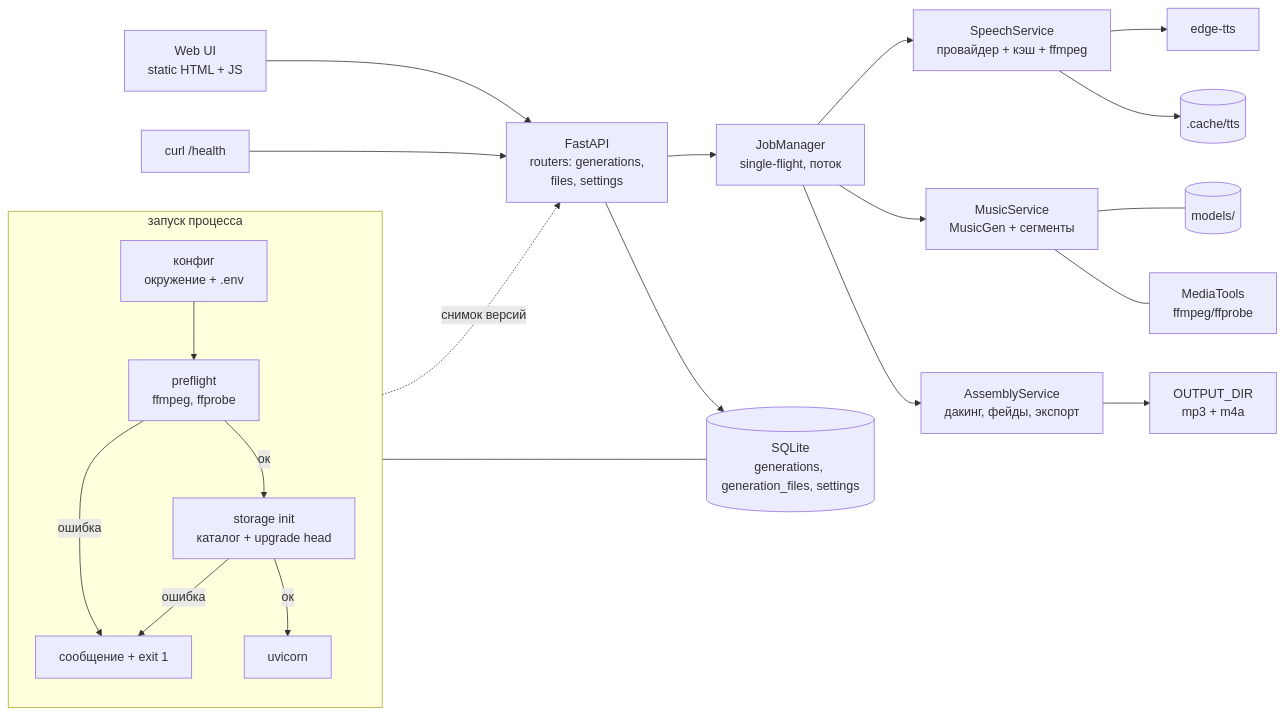
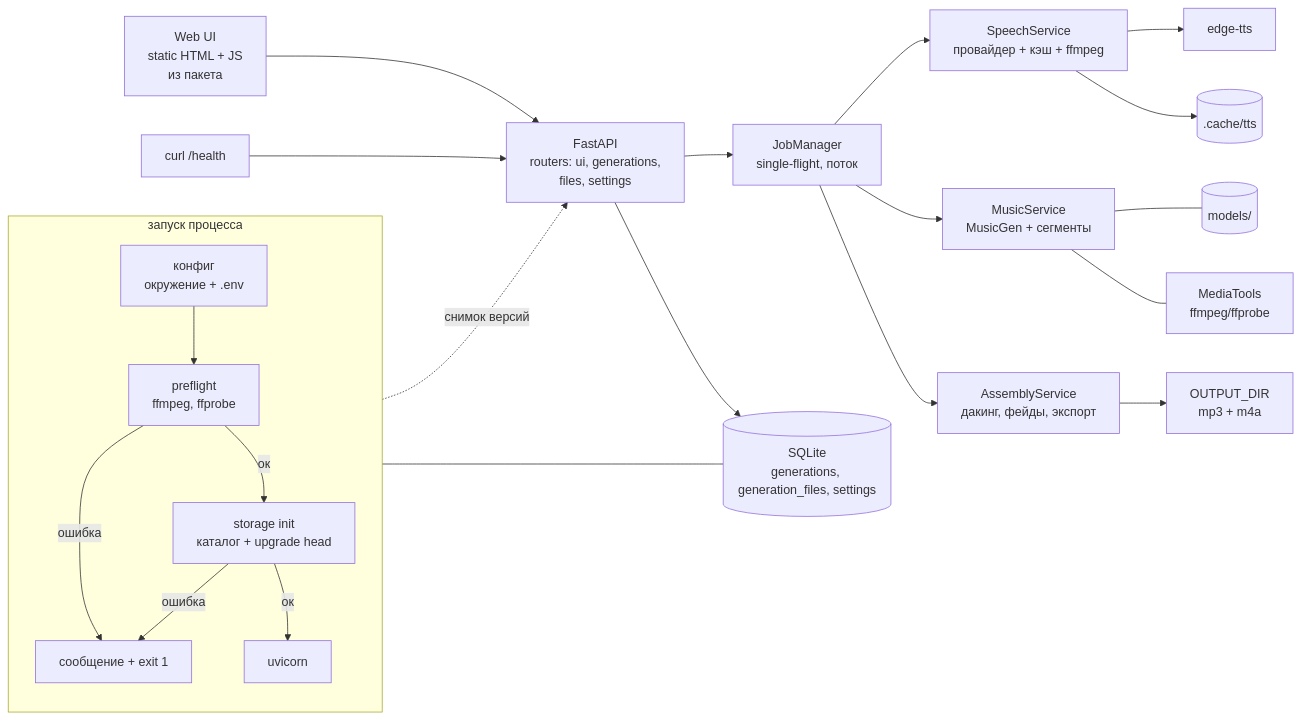
Before and after one commit to tuch-ka/muzifikator: the first of 2 diagrams in docs/architecture.md, drawn with Mermaid. The commit also changed other lines of this file and 23 other files, not shown here.

First line of the commit message:
MUZ-13: feat: add static web UI and result subfolders

````diff
--- a/docs/architecture.md
+++ b/docs/architecture.md
@@ -8,25 +8,25 @@
 ```mermaid
 flowchart LR
     subgraph START["запуск процесса"]
         direction TB
         CFG["конфиг<br/>окружение + .env"] --> PF["preflight<br/>ffmpeg, ffprobe"]
         PF -->|"ок"| ST["storage init<br/>каталог + upgrade head"]
         PF -->|"ошибка"| EXIT["сообщение + exit 1"]
         ST -->|"ок"| APP["uvicorn"]
         ST -->|"ошибка"| EXIT
     end
-    UI["Web UI<br/>static HTML + JS"] --> API["FastAPI<br/>routers: generations,<br/>files, settings"]
+    UI["Web UI<br/>static HTML + JS<br/>из пакета"] --> API["FastAPI<br/>routers: ui, generations,<br/>files, settings"]
     OPS["curl /health"] --> API
     API --> JOB["JobManager<br/>single-flight, поток"]
     JOB --> SPEECH["SpeechService<br/>провайдер + кэш + ffmpeg"]
     SPEECH --> TTS["edge-tts"]
     SPEECH --> CACHE[(".cache/tts")]
     JOB --> MUS["MusicService<br/>MusicGen + сегменты"]
     MUS --- WEIGHTS[("models/")]
     MUS --- MEDIA["MediaTools<br/>ffmpeg/ffprobe"]
     JOB --> MIX["AssemblyService<br/>дакинг, фейды, экспорт"]
     MIX --> OUT["OUTPUT_DIR<br/>mp3 + m4a"]
     API --> DB[("SQLite<br/>generations, generation_files, settings")]
     ST --- DB
     PF -.->|"снимок версий"| API
 ```
````
